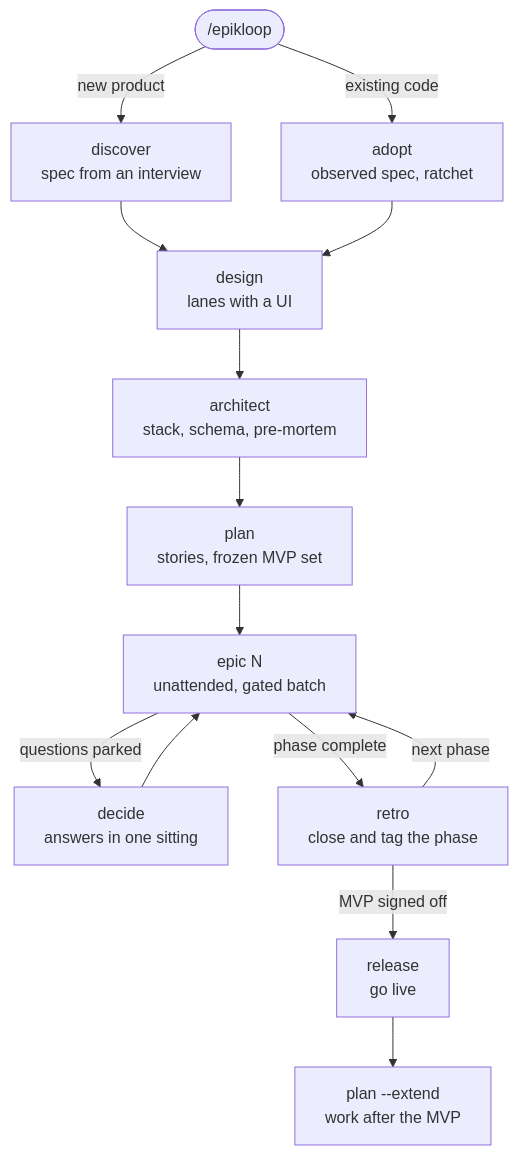
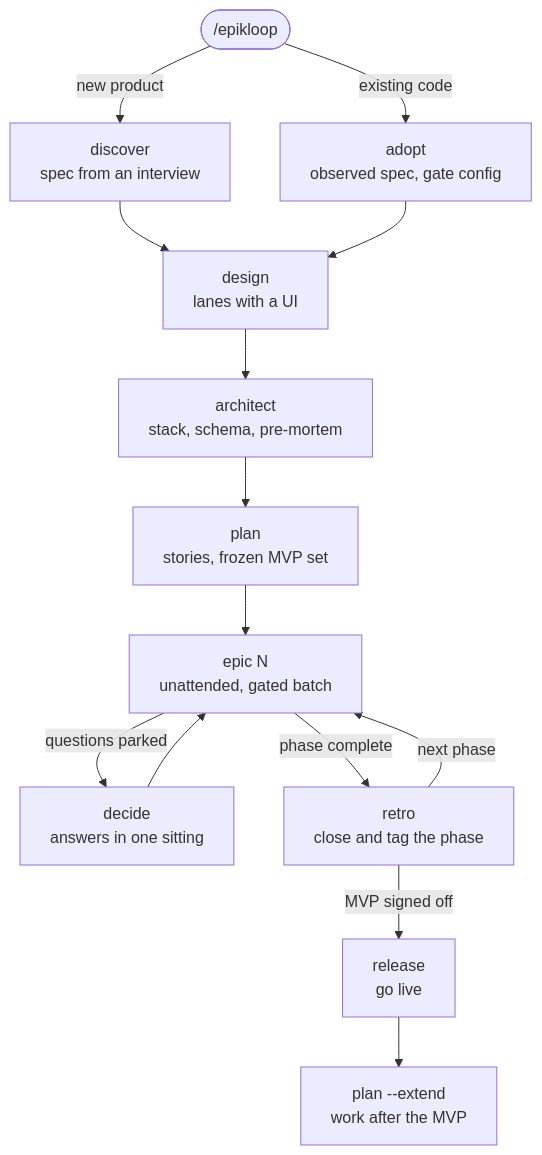
Before and after one commit to Yheng/Epikloop: the first of 2 diagrams in README.md, drawn with Mermaid. The commit also changed other lines of this file and 12 other files, not shown here.

````diff
--- a/README.md
+++ b/README.md
@@ -189,16 +189,16 @@
 ```mermaid
 flowchart TD
     front(["/epikloop"]) -->|new product| disc["discover<br/>spec from an interview"]
-    front -->|existing code| adopt["adopt<br/>observed spec, ratchet"]
+    front -->|existing code| adopt["adopt<br/>observed spec, gate config"]
     disc --> design["design<br/>lanes with a UI"]
     adopt --> design
     design --> arch["architect<br/>stack, schema, pre-mortem"]
     arch --> plan["plan<br/>stories, frozen MVP set"]
     plan --> epic["epic N<br/>unattended, gated batch"]
     epic -->|questions parked| decide["decide<br/>answers in one sitting"]
     decide --> epic
     epic -->|phase complete| retro["retro<br/>close and tag the phase"]
     retro -->|next phase| epic
     retro -->|MVP signed off| release["release<br/>go live"]
     release --> extend["plan --extend<br/>work after the MVP"]
 ```
````
